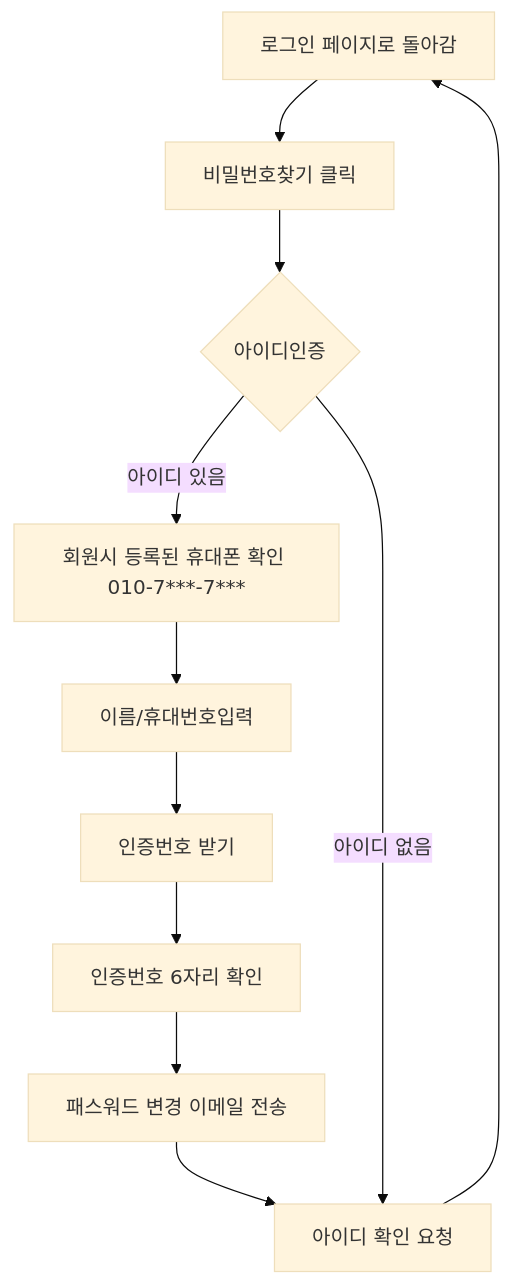
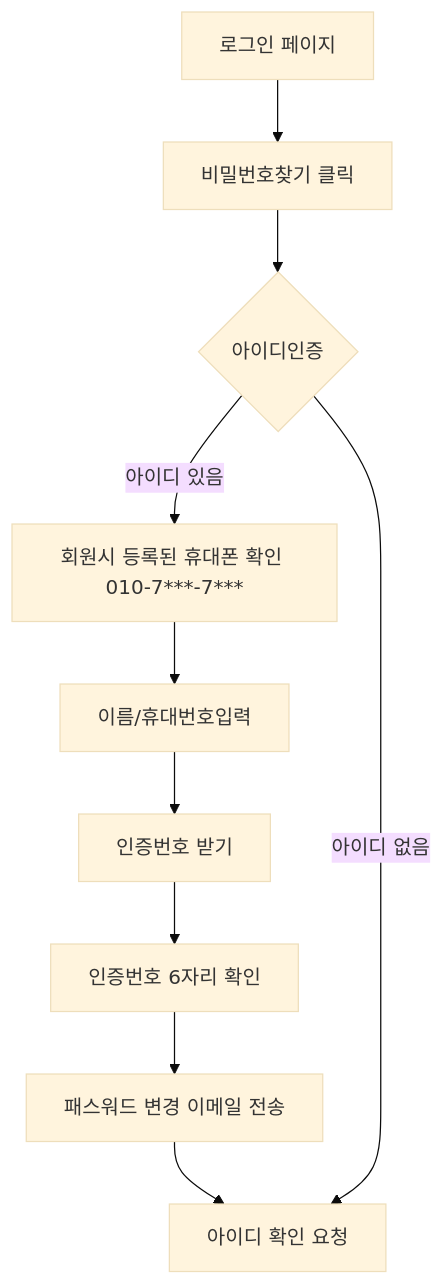
One commit to 95126m/OnboardingProject changed the second of 3 diagrams in login_기능정의서.md. Above: the diagram before and after it, drawn with Mermaid (base theme).

````diff
--- a/login_기능정의서.md
+++ b/login_기능정의서.md
@@ -45,7 +45,7 @@
 ```mermaid
 flowchart TD
     k[로그인 페이지]-->A[비밀번호찾기 클릭]-->B[아이디 입력] -- 아이디 있음 --> c[회원시 등록된 휴대폰 확인 010-7***-7***]-->d[이름/휴대번호입력]-->e[인증번호 받기]-->f[인증번호 6자리 확인]-->g[패스워드 변경 이메일 전송]-->h[가입된 이메일로 암호변경 링크 발송]
-    B{아이디인증} -- 아이디 없음 -->h[아이디 확인 요청]-->k[로그인 페이지로 돌아감]
+    B{아이디인증} -- 아이디 없음 -->h[아이디 확인 요청]
 
  
 ```
````
